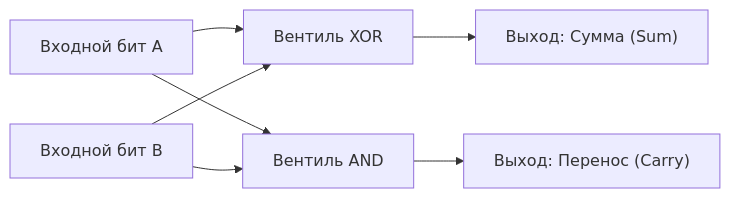
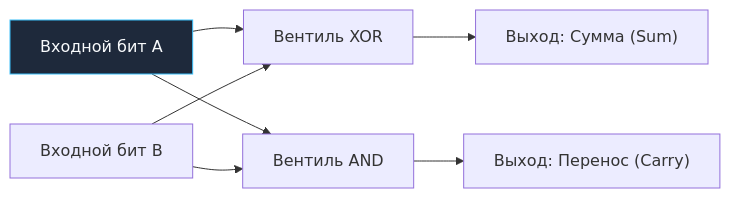
Before and after one commit to UnrealTemplier/go-textbook: the first of 3 diagrams in sources/1. Архитектура компьютера/3. Комбинационная логика. Учим кремний считать.md, drawn with Mermaid. The commit also changed other lines of this file and 1666 other files, not shown here.

First line of the commit message:
feat(mermaid): add semantic color classDef to 1369 colorless flowchart/graph diagrams

````diff
--- a/sources/1. Архитектура компьютера/3. Комбинационная логика. Учим кремний считать.md
+++ b/sources/1. Архитектура компьютера/3. Комбинационная логика. Учим кремний считать.md
@@ -47,11 +47,21 @@
 ```mermaid
 flowchart LR
-    A["Входной бит A"] --> XOR["Вентиль XOR"]
+    classDef process  fill:#1e293b,stroke:#38bdf8,stroke-width:1px,color:#f8fafc
+    classDef success  fill:#064e3b,stroke:#34d399,stroke-width:1px,color:#f8fafc
+    classDef error    fill:#7f1d1d,stroke:#f87171,stroke-width:1px,color:#f8fafc
+    classDef warning  fill:#78350f,stroke:#fbbf24,stroke-width:1px,color:#f8fafc
+    classDef entry    fill:#1e3a5f,stroke:#38bdf8,stroke-width:2px,color:#f8fafc
+    classDef aux      fill:#334155,stroke:#64748b,stroke-width:1px,color:#f8fafc
+    classDef system   fill:#312e81,stroke:#a78bfa,stroke-width:1px,color:#f8fafc
+    classDef data     fill:#132d29,stroke:#2dd4bf,stroke-width:1px,color:#f8fafc
+    classDef network  fill:#881337,stroke:#fb7185,stroke-width:1px,color:#f8fafc
+    classDef accent   fill:#1e1b4b,stroke:#818cf8,stroke-width:1px,color:#f8fafc
+    A["Входной бит A"]:::process --> XOR["Вентиль XOR"]
     B["Входной бит B"] --> XOR
     
     A --> AND["Вентиль AND"]
     B --> AND
     
     XOR --> SUM["Выход: Сумма (Sum)"]
     AND --> CARRY["Выход: Перенос (Carry)"]
 ```
````
